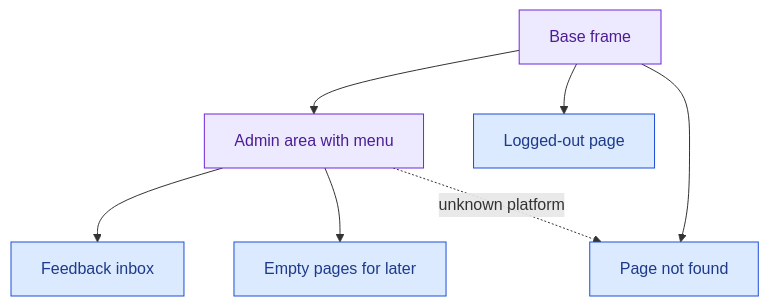
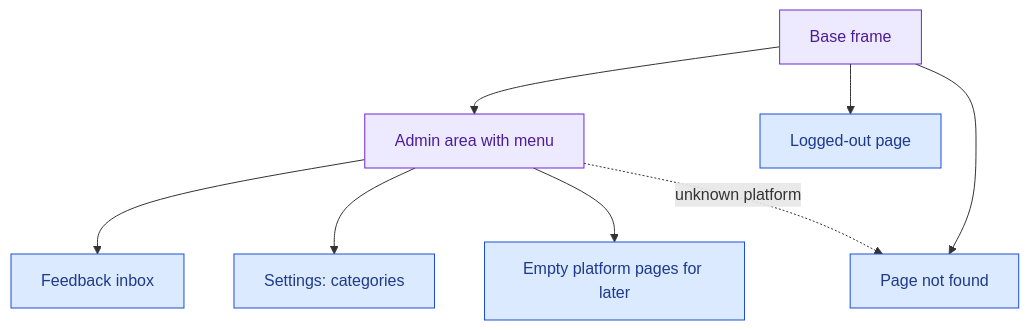
The second of 13 diagrams in apps/admin/docs/architecture.md (AlberteViendahl/feedback), drawn with Mermaid before and after one commit. The commit also changed other lines of this file, not shown here.

Commit message:
Updates to architecture

````diff
--- a/apps/admin/docs/architecture.md
+++ b/apps/admin/docs/architecture.md
@@ -46,22 +46,24 @@
 ```mermaid
 flowchart TD
   Base["Base frame"]:::layout
   Admin["Admin area with menu"]:::layout
   Inbox["Feedback inbox"]:::page
-  Empty["Empty pages for later"]:::page
+  Settings["Settings: categories"]:::page
+  Empty["Empty platform pages for later"]:::page
   Out["Logged-out page"]:::page
   Missing["Page not found"]:::page
 
   Base --> Admin
   Base --> Out
   Base --> Missing
   Admin --> Inbox
+  Admin --> Settings
   Admin --> Empty
   Admin -. "unknown platform" .-> Missing
 
   classDef page fill:#DBEAFE,stroke:#1D4ED8,color:#1E3A8A
   classDef layout fill:#EDE9FE,stroke:#6D28D9,color:#4C1D95
   classDef component fill:#DCFCE7,stroke:#15803D,color:#14532D
   classDef store fill:#FFEDD5,stroke:#C2410C,color:#7C2D12
   classDef mock fill:#F3F4F6,stroke:#4B5563,color:#1F2937,stroke-dasharray:4 3
 ```
````
